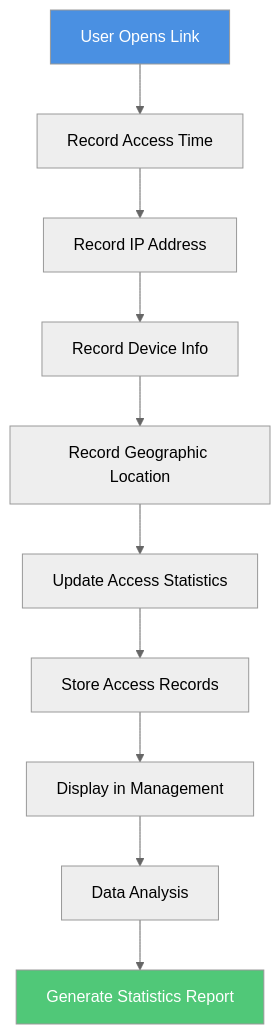
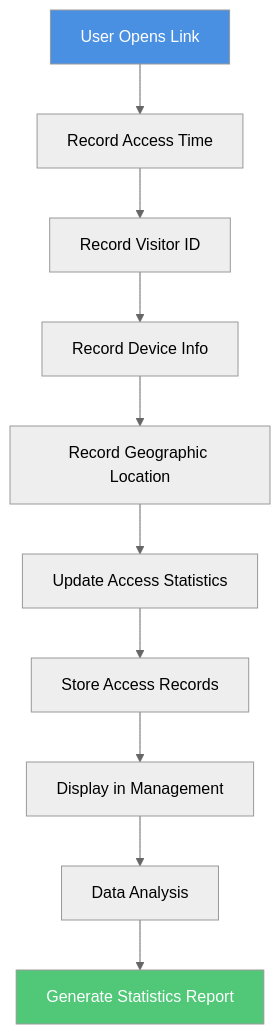
The sixth of 12 diagrams in src/content/blog/en/pdf-sharing-introduction.md (mythenigma/cloudflareAstro), drawn with Mermaid (neutral theme) before and after one commit. The commit also changed other lines of this file and 353 other files, not shown here.

````diff
--- a/src/content/blog/en/pdf-sharing-introduction.md
+++ b/src/content/blog/en/pdf-sharing-introduction.md
@@ -204,15 +204,15 @@
 ```mermaid
 flowchart TD
     A[User Opens Link] --> B[Record Access Time]
-    B --> C[Record IP Address]
+    B --> C[Record Visitor ID]
     C --> D[Record Device Info]
     D --> E[Record Geographic Location]
     E --> F[Update Access Statistics]
     F --> G[Store Access Records]
     G --> H[Display in Management]
     H --> I[Data Analysis]
     I --> J[Generate Statistics Report]
     
     style A fill:#4A90E2,color:#fff
     style J fill:#50C878,color:#fff
 ```
````
